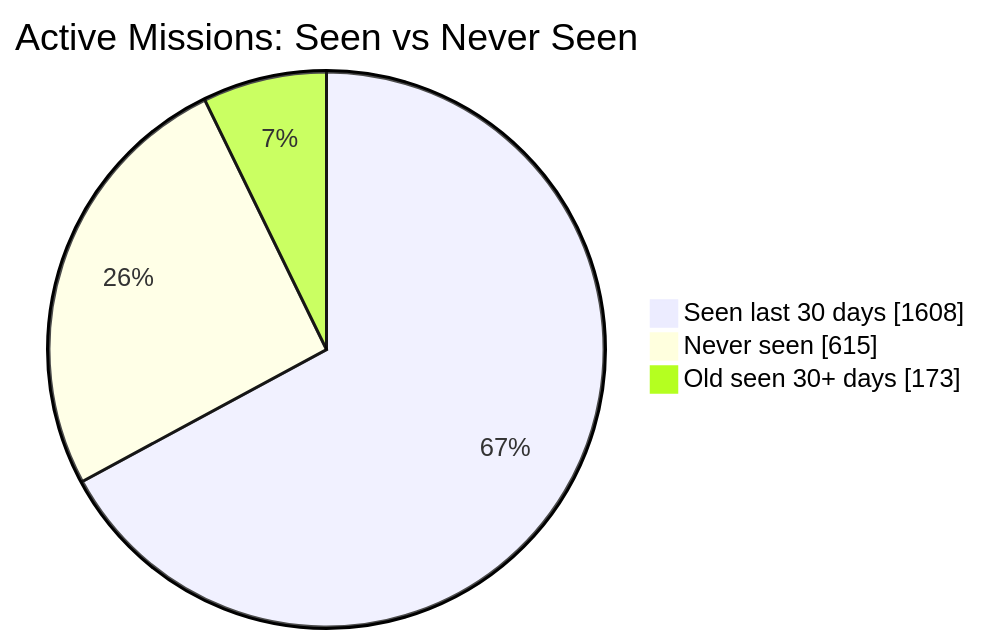
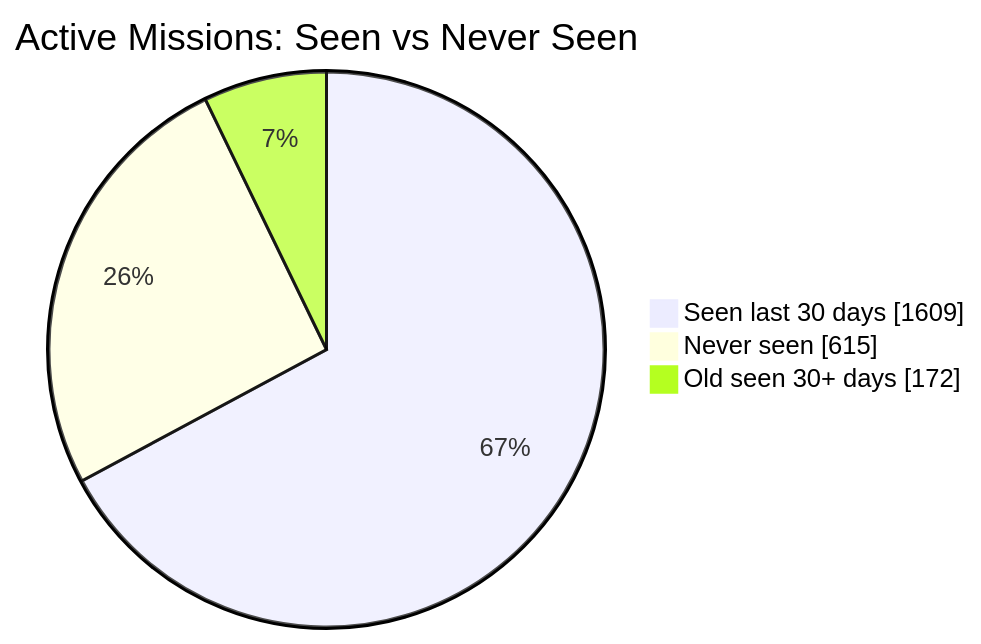
One commit to MeldkamerspelGameTeam/active-missions changed the first of 2 diagrams in README.md. Above: the diagram before and after it, drawn with Mermaid. The commit also changed other lines of this file and 2 other files, not shown here.

````diff
--- a/README.md
+++ b/README.md
@@ -34,7 +34,7 @@
 ```mermaid
 pie showData
     title Active Missions: Seen vs Never Seen
-    "Seen last 30 days" : 1608
+    "Seen last 30 days" : 1609
     "Never seen" : 615
-    "Old seen 30+ days" : 173
+    "Old seen 30+ days" : 172
 ```
````
